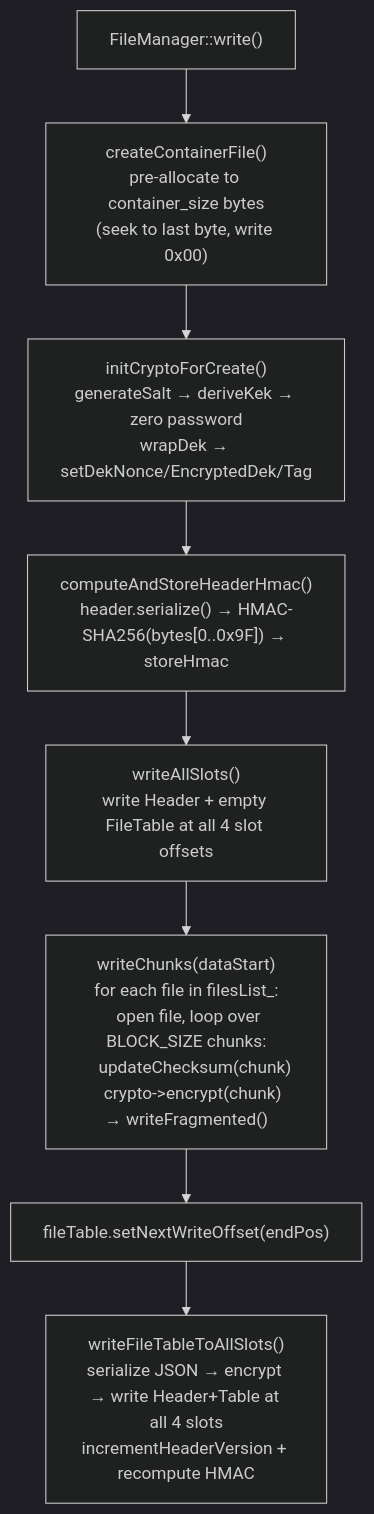
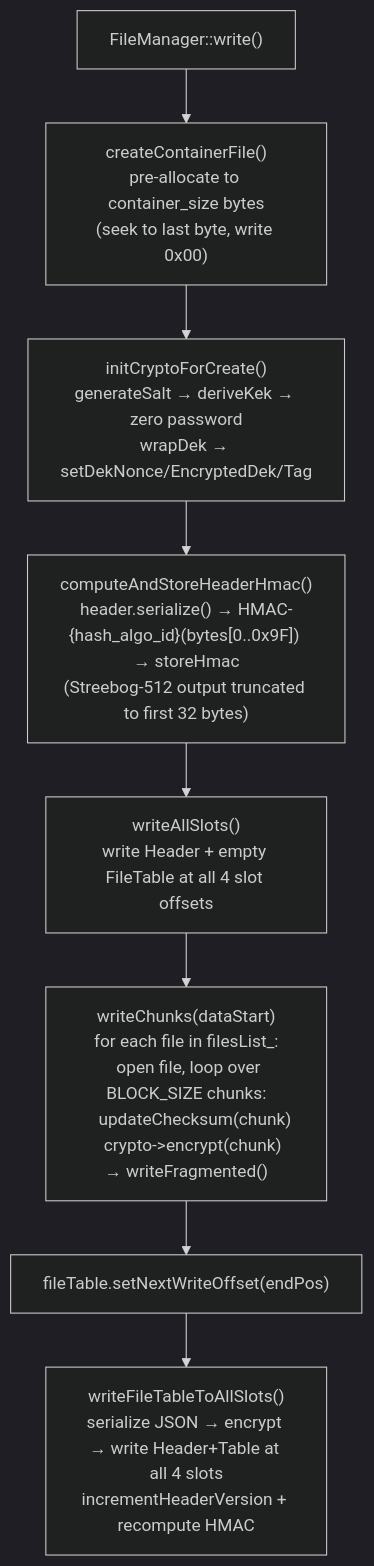
Before and after one commit to TheatreLight/scef: the second of 8 diagrams in docs/data-flows.md, drawn with Mermaid (dark theme). The commit also changed other lines of this file and 40 other files, not shown here.

````diff
--- a/docs/data-flows.md
+++ b/docs/data-flows.md
@@ -28,13 +28,13 @@
 ```mermaid
 flowchart TD
     A["FileManager::write()"]
     B["createContainerFile()\npre-allocate to container_size bytes\n(seek to last byte, write 0x00)"]
     C["initCryptoForCreate()\ngenerateSalt → deriveKek → zero password\nwrapDek → setDekNonce/EncryptedDek/Tag"]
-    D["computeAndStoreHeaderHmac()\nheader.serialize() → HMAC-SHA256(bytes[0..0x9F]) → storeHmac"]
+    D["computeAndStoreHeaderHmac()\nheader.serialize() → HMAC-{hash_algo_id}(bytes[0..0x9F]) → storeHmac\n(Streebog-512 output truncated to first 32 bytes)"]
     E["writeAllSlots()\nwrite Header + empty FileTable at all 4 slot offsets"]
     F["writeChunks(dataStart)\nfor each file in filesList_:\n  open file, loop over BLOCK_SIZE chunks:\n    updateChecksum(chunk)\n    crypto->encrypt(chunk) → writeFragmented()"]
     G["fileTable.setNextWriteOffset(endPos)"]
     H["writeFileTableToAllSlots()\nserialize JSON → encrypt → write Header+Table at all 4 slots\nincrementHeaderVersion + recompute HMAC"]
 
     A --> B --> C --> D --> E --> F --> G --> H
 ```
````
